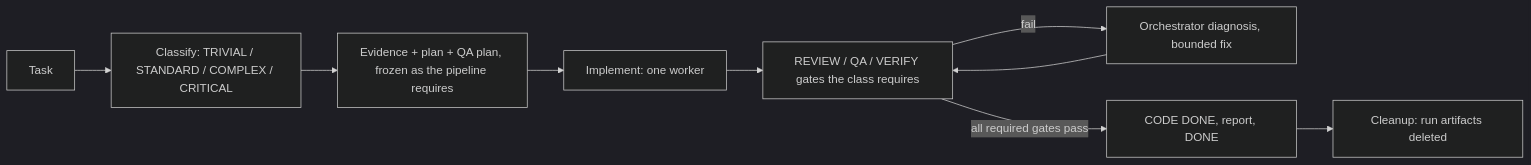
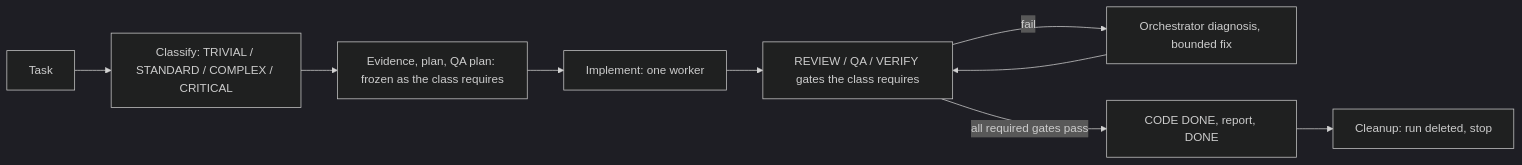
Before and after one commit to furkansarikaya/deterministic-agent-workflow-example: the diagram in README.md, drawn with Mermaid (dark theme). The commit also changed other lines of this file and 10 other files, not shown here.

````diff
--- a/README.md
+++ b/README.md
@@ -7,11 +7,11 @@
 ```mermaid
 flowchart LR
   T[Task] --> K[Classify: TRIVIAL / STANDARD / COMPLEX / CRITICAL]
-  K --> E[Evidence + plan + QA plan, frozen as the pipeline requires]
+  K --> E[Evidence, plan, QA plan: frozen as the class requires]
   E --> I[Implement: one worker]
   I --> G[REVIEW / QA / VERIFY gates the class requires]
   G -->|fail| F[Orchestrator diagnosis, bounded fix]
   F --> G
   G -->|all required gates pass| D[CODE DONE, report, DONE]
-  D --> X[Cleanup: run artifacts deleted]
+  D --> X[Cleanup: run deleted, stop]
 ```
````
